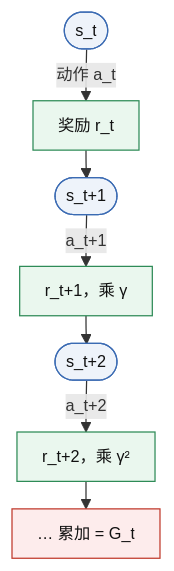
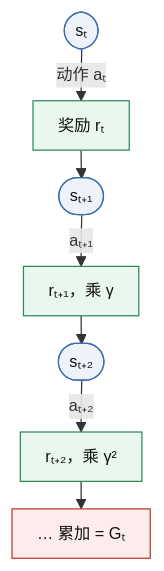
Diagram 16 of 22 in knowledge/B-alignment/B1-ppo-human-preferences-2017.md (xiachenfeng/openai-innovation-learning), drawn with Mermaid before and after one commit. The commit also changed other lines of this file and 3 other files, not shown here.

````diff
--- a/knowledge/B-alignment/B1-ppo-human-preferences-2017.md
+++ b/knowledge/B-alignment/B1-ppo-human-preferences-2017.md
@@ -846,15 +846,15 @@
 ```mermaid
 %%{init: {"flowchart": {"nodeSpacing": 24, "rankSpacing": 22, "padding": 10}, "themeVariables": {"fontSize": "13px"}}}%%
 flowchart TB
-  S0(["s_t"]):::data -->|"动作 a_t"| R0["奖励 r_t"]:::human
-  R0 --> S1(["s_t+1"]):::data
-  S1 -->|"a_t+1"| R1["r_t+1，乘 γ"]:::human
-  R1 --> S2(["s_t+2"]):::data
-  S2 -->|"a_t+2"| R2["r_t+2，乘 γ²"]:::human
-  R2 --> E["… 累加 = G_t"]:::loss
+  S0(["sₜ"]):::data -->|"动作 aₜ"| R0["奖励 rₜ"]:::human
+  R0 --> S1(["sₜ₊₁"]):::data
+  S1 -->|"aₜ₊₁"| R1["rₜ₊₁，乘 γ"]:::human
+  R1 --> S2(["sₜ₊₂"]):::data
+  S2 -->|"aₜ₊₂"| R2["rₜ₊₂，乘 γ²"]:::human
+  R2 --> E["… 累加 = Gₜ"]:::loss
   classDef data  fill:#EEF3FA,stroke:#3B6BB3,color:#111
   classDef model fill:#FFF4E0,stroke:#D98E04,color:#111
   classDef frozen fill:#F2F2F2,stroke:#888,color:#333,stroke-dasharray:4 3
   classDef loss  fill:#FDECEC,stroke:#C0392B,color:#111
   classDef human fill:#EAF7EE,stroke:#2E8B57,color:#111
 ```
````
